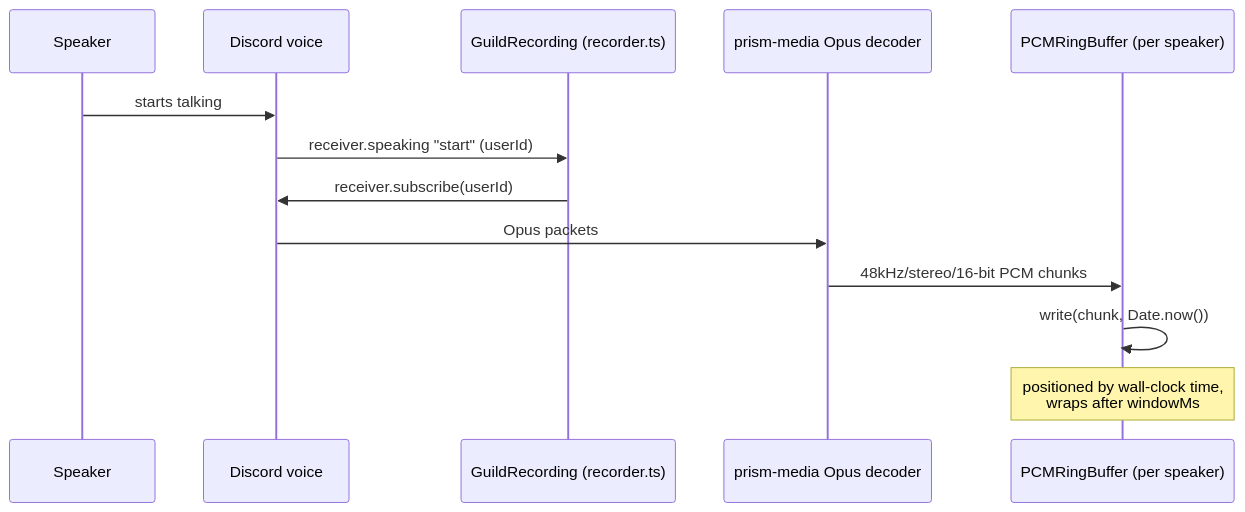
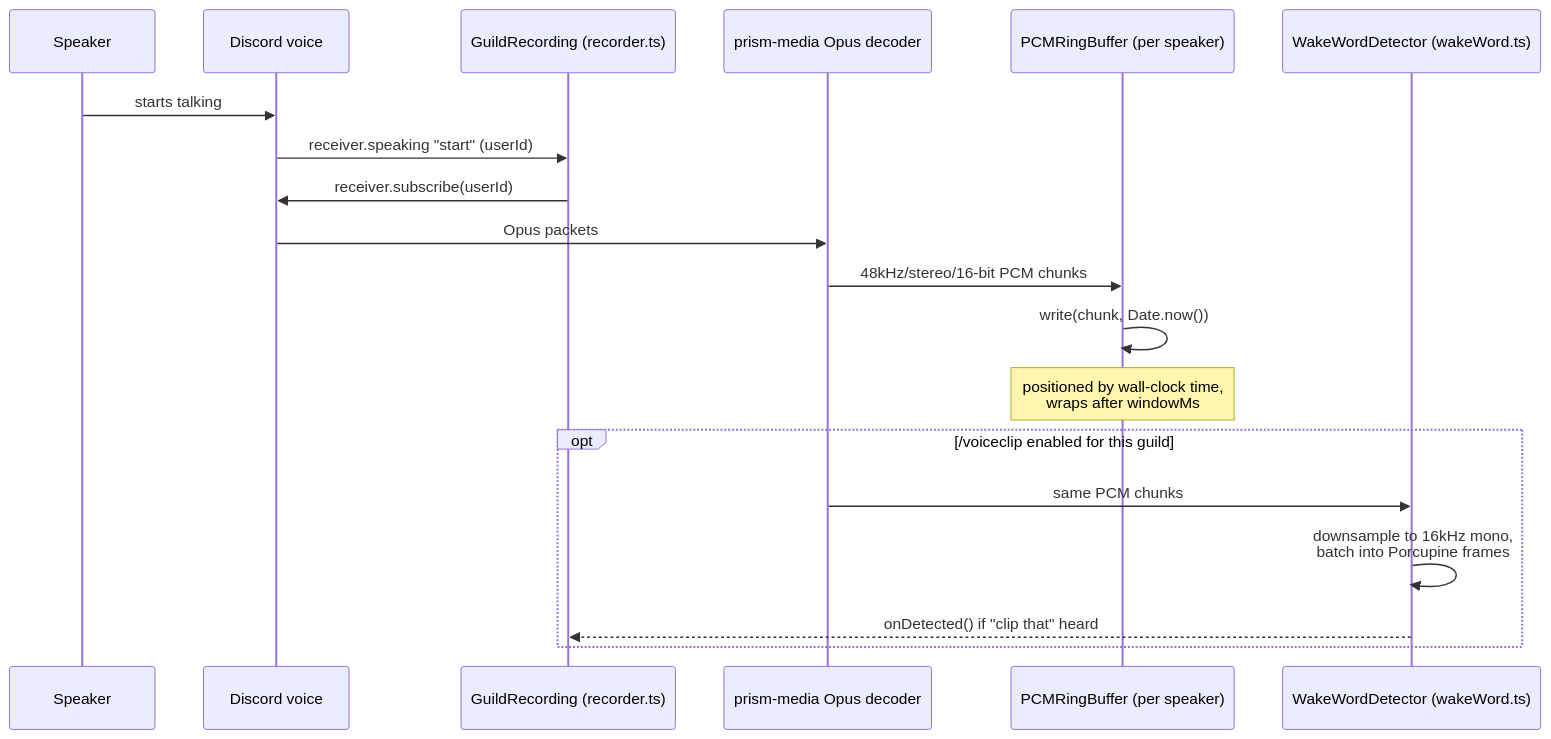
The second of 3 diagrams in docs/GUIDE.md (TheJenos/discord-audio-clipper), drawn with Mermaid before and after one commit. The commit also changed other lines of this file and 14 other files, not shown here.

First line of the commit message:
Add /voiceclip: auto-clip when someone says "clip that"

````diff
--- a/docs/GUIDE.md
+++ b/docs/GUIDE.md
@@ -98,16 +117,22 @@
 ```mermaid
 sequenceDiagram
     participant U as Speaker
     participant DC as Discord voice
     participant R as GuildRecording (recorder.ts)
     participant D as prism-media Opus decoder
     participant RB as PCMRingBuffer (per speaker)
+    participant W as WakeWordDetector (wakeWord.ts)
 
     U->>DC: starts talking
     DC->>R: receiver.speaking "start" (userId)
     R->>DC: receiver.subscribe(userId)
     DC->>D: Opus packets
     D->>RB: 48kHz/stereo/16-bit PCM chunks
     RB->>RB: write(chunk, Date.now())
     Note over RB: positioned by wall-clock time,<br/>wraps after windowMs
+    opt /voiceclip enabled for this guild
+        D->>W: same PCM chunks
+        W->>W: downsample to 16kHz mono,<br/>batch into Porcupine frames
+        W-->>R: onDetected() if "clip that" heard
+    end
 ```
````
